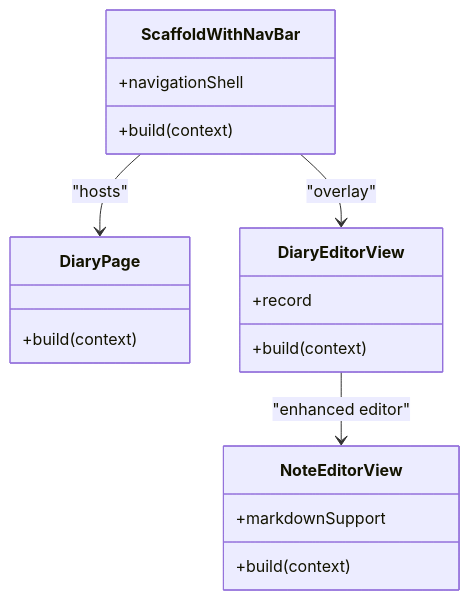
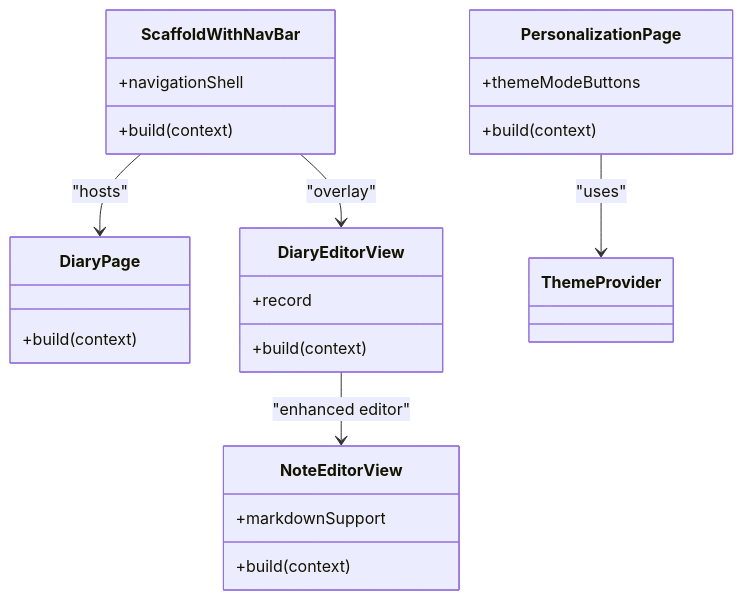
One commit to favoroo/QNote changed the fourth of 10 diagrams in .qoder/repowiki/en/content/UI Components and Pages/UI Components and Pages.md. Above: the diagram before and after it, drawn with Mermaid. The commit also changed other lines of this file and 68 other files, not shown here.

````diff
--- a/.qoder/repowiki/en/content/UI Components and Pages/UI Components and Pages.md
+++ b/.qoder/repowiki/en/content/UI Components and Pages/UI Components and Pages.md
@@ -206,21 +232,26 @@
 ```mermaid
 classDiagram
 class ScaffoldWithNavBar {
 +navigationShell
 +build(context)
 }
 class DiaryPage {
 +build(context)
 }
 class DiaryEditorView {
 +record
 +build(context)
 }
 class NoteEditorView {
 +markdownSupport
 +build(context)
 }
+class PersonalizationPage {
++themeModeButtons
++build(context)
+}
 ScaffoldWithNavBar --> DiaryPage : "hosts"
 ScaffoldWithNavBar --> DiaryEditorView : "overlay"
 DiaryEditorView --> NoteEditorView : "enhanced editor"
+PersonalizationPage --> ThemeProvider : "uses"
 ```
````
